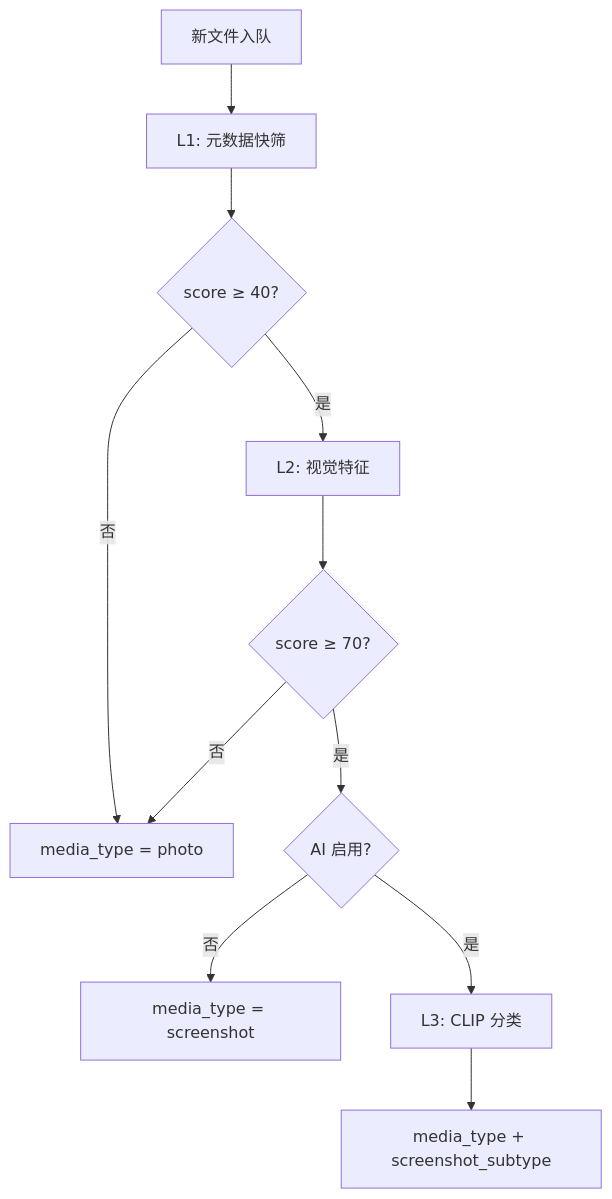
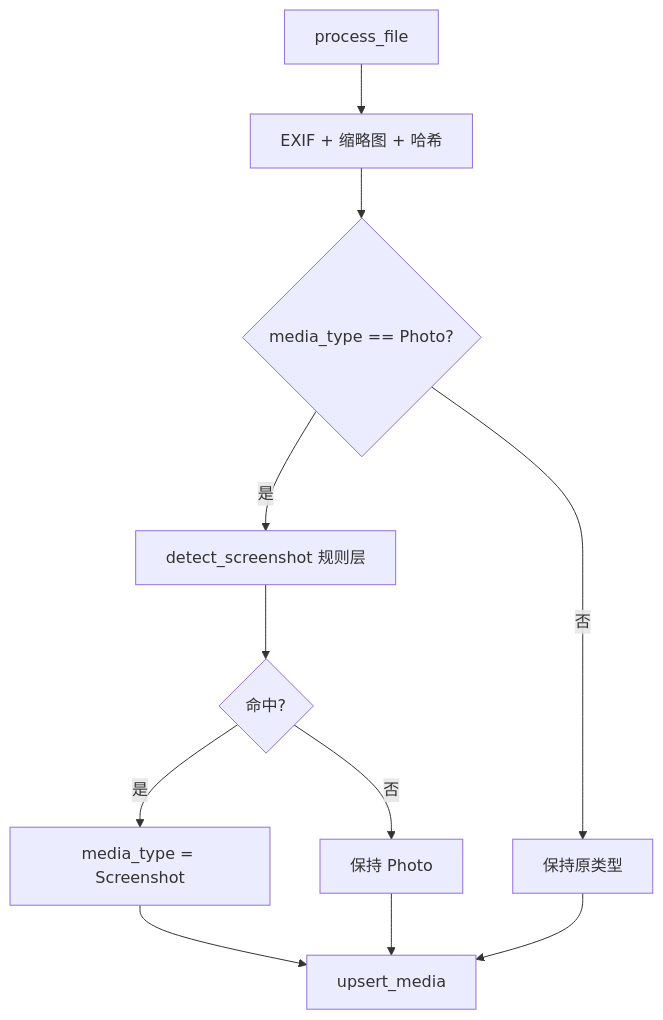
The ninth of 11 diagrams in docs/4-detailed-design.md (halft0n/LightFrame), drawn with Mermaid before and after one commit. The commit also changed other lines of this file and 8 other files, not shown here.

````diff
--- a/docs/4-detailed-design.md
+++ b/docs/4-detailed-design.md
@@ -1270,13 +1274,13 @@
 ```mermaid
 flowchart TD
-    A[新文件入队] --> B[L1: 元数据快筛]
-    B --> C{score ≥ 40?}
-    C -->|否| D[media_type = photo]
-    C -->|是| E[L2: 视觉特征]
-    E --> F{score ≥ 70?}
-    F -->|否| D
-    F -->|是| G{AI 启用?}
-    G -->|否| H[media_type = screenshot]
-    G -->|是| I[L3: CLIP 分类]
-    I --> J[media_type + screenshot_subtype]
+    A[process_file] --> B[EXIF + 缩略图 + 哈希]
+    B --> C{media_type == Photo?}
+    C -->|是| D[detect_screenshot 规则层]
+    D --> E{命中?}
+    E -->|是| F[media_type = Screenshot]
+    E -->|否| G[保持 Photo]
+    C -->|否| H[保持原类型]
+    F --> I[upsert_media]
+    G --> I
+    H --> I
 ```
````
